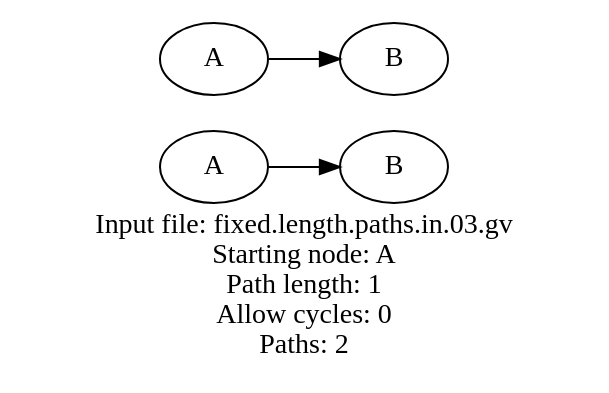
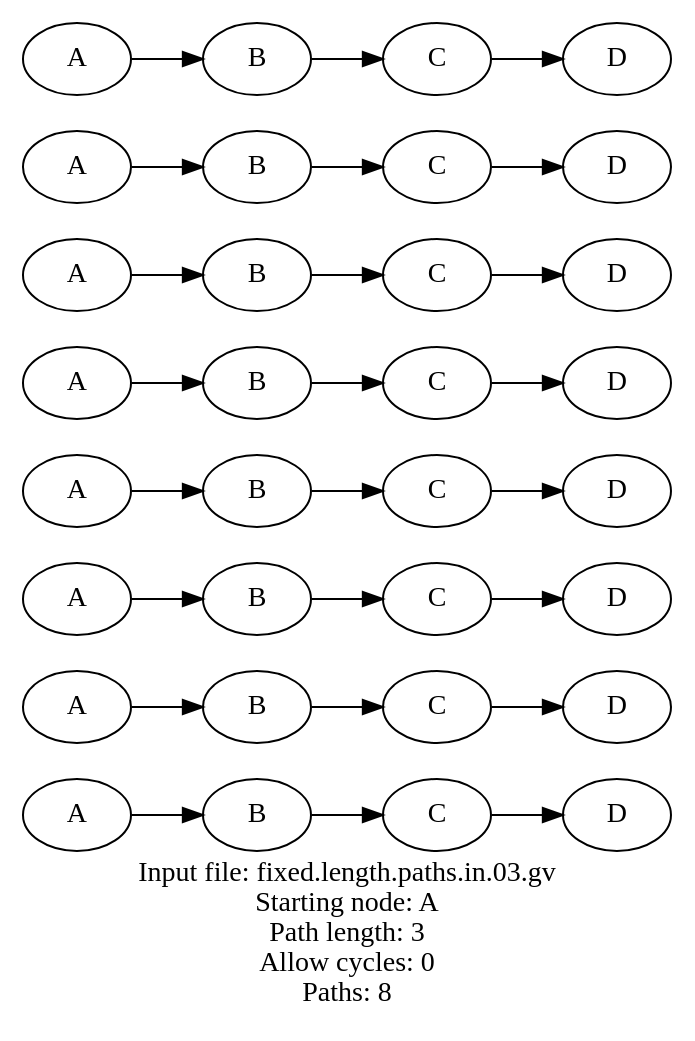
Before and after one commit to graphviz-perl/GraphViz2-Marpa-PathUtils: the diagram in out/fixed.length.paths.out.03.gv, drawn with Graphviz. The commit also changed 45 other files, not shown here.

```diff
--- a/out/fixed.length.paths.out.03.gv
+++ b/out/fixed.length.paths.out.03.gv
@@ -1,12 +1,46 @@
 digraph fixed_length_paths
 {
-	label = "Input file: fixed.length.paths.in.03.gv\nStarting node: A\nPath length: 1\nAllow cycles: 0\nPaths: 2" rankdir = LR
+	label = "Input file: fixed.length.paths.in.03.gv\nStarting node: A\nPath length: 3\nAllow cycles: 0\nPaths: 8" rankdir = LR
 
 	"1" [label = "A"]
 	"2" [label = "B"]
-	"3" [label = "A"]
-	"4" [label = "B"]
+	"3" [label = "C"]
+	"4" [label = "D"]
+	"5" [label = "A"]
+	"6" [label = "B"]
+	"7" [label = "C"]
+	"8" [label = "D"]
+	"9" [label = "A"]
+	"10" [label = "B"]
+	"11" [label = "C"]
+	"12" [label = "D"]
+	"13" [label = "A"]
+	"14" [label = "B"]
+	"15" [label = "C"]
+	"16" [label = "D"]
+	"17" [label = "A"]
+	"18" [label = "B"]
+	"19" [label = "C"]
+	"20" [label = "D"]
+	"21" [label = "A"]
+	"22" [label = "B"]
+	"23" [label = "C"]
+	"24" [label = "D"]
+	"25" [label = "A"]
+	"26" [label = "B"]
+	"27" [label = "C"]
+	"28" [label = "D"]
+	"29" [label = "A"]
+	"30" [label = "B"]
+	"31" [label = "C"]
+	"32" [label = "D"]
 
-	"1"  ->  "2"
-	"3"  ->  "4"
+	"1"  ->  "2"  ->  "3"  ->  "4"
+	"5"  ->  "6"  ->  "7"  ->  "8"
+	"9"  ->  "10"  ->  "11"  ->  "12"
+	"13"  ->  "14"  ->  "15"  ->  "16"
+	"17"  ->  "18"  ->  "19"  ->  "20"
+	"21"  ->  "22"  ->  "23"  ->  "24"
+	"25"  ->  "26"  ->  "27"  ->  "28"
+	"29"  ->  "30"  ->  "31"  ->  "32"
 }
```
